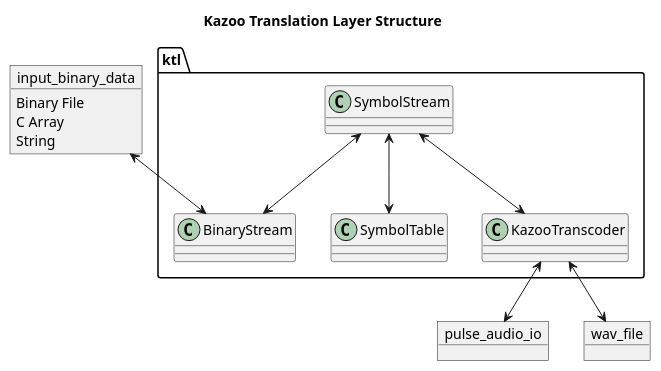
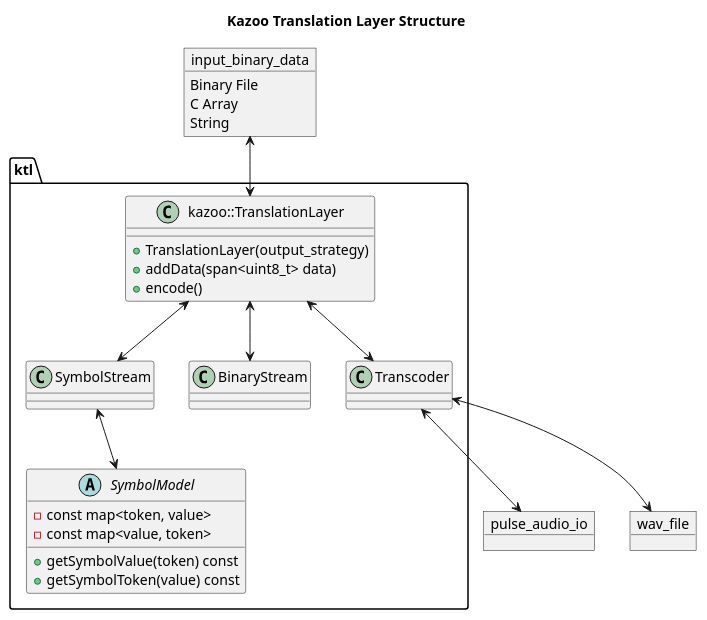
One commit to joshua-jerred/kazooformation changed the first of 3 diagrams in doc/ktl.md. Above: the diagram before and after it, drawn with PlantUML. The commit also changed 2 other files, not shown here.

Commit message:
ktl docs complete

````diff
--- a/doc/ktl.md
+++ b/doc/ktl.md
@@ -10,37 +10,51 @@
 ```puml
 @startuml ktl_structure
 
 title Kazoo Translation Layer Structure
 
 object input_binary_data
 input_binary_data : Binary File
 input_binary_data : C Array
 input_binary_data : String
 
 object pulse_audio_io
 object wav_file
 
 package ktl {
+  class kazoo::TranslationLayer {
+    +TranslationLayer(output_strategy)
+    +addData(span<uint8_t> data)
+    +encode()
+  }
+'  kazoo::TranslationLayer <--> input_binary_data
+  input_binary_data  <--> kazoo::TranslationLayer
+  kazoo::TranslationLayer <--> SymbolStream
+  kazoo::TranslationLayer <--> BinaryStream
+
   class BinaryStream {}
+  
   class SymbolStream {}
-  class SymbolTable {}
-  class KazooTranscoder {}
+  abstract SymbolModel {
+     +getSymbolValue(token) const
+     +getSymbolToken(value) const
 
-  ' interface SymbolModel {
-  '   +getSymbolValue(token) const
-  '   +getSymbolToken(value) const
+     -const map<token, value>
+     -const map<value, token>
+   }
+  SymbolStream <--> SymbolModel
 
-  '   -const map<token, value>
-  '   -const map<value, token>
-  ' }
+  class Transcoder {}
+  
+  
+  
+  kazoo::TranslationLayer <--> Transcoder
+  
+'  BinaryStream <--> SymbolStream
+'  SymbolStream <--> Transcoder
 
-  input_binary_data <--> BinaryStream
-  SymbolStream <--> BinaryStream
-  SymbolStream <--> KazooTranscoder
-  SymbolStream <--> SymbolTable
-  KazooTranscoder <--> pulse_audio_io
-  KazooTranscoder <--> wav_file
+  Transcoder <--> pulse_audio_io
+  Transcoder <--> wav_file
 }
 
 @enduml
 ```
````
